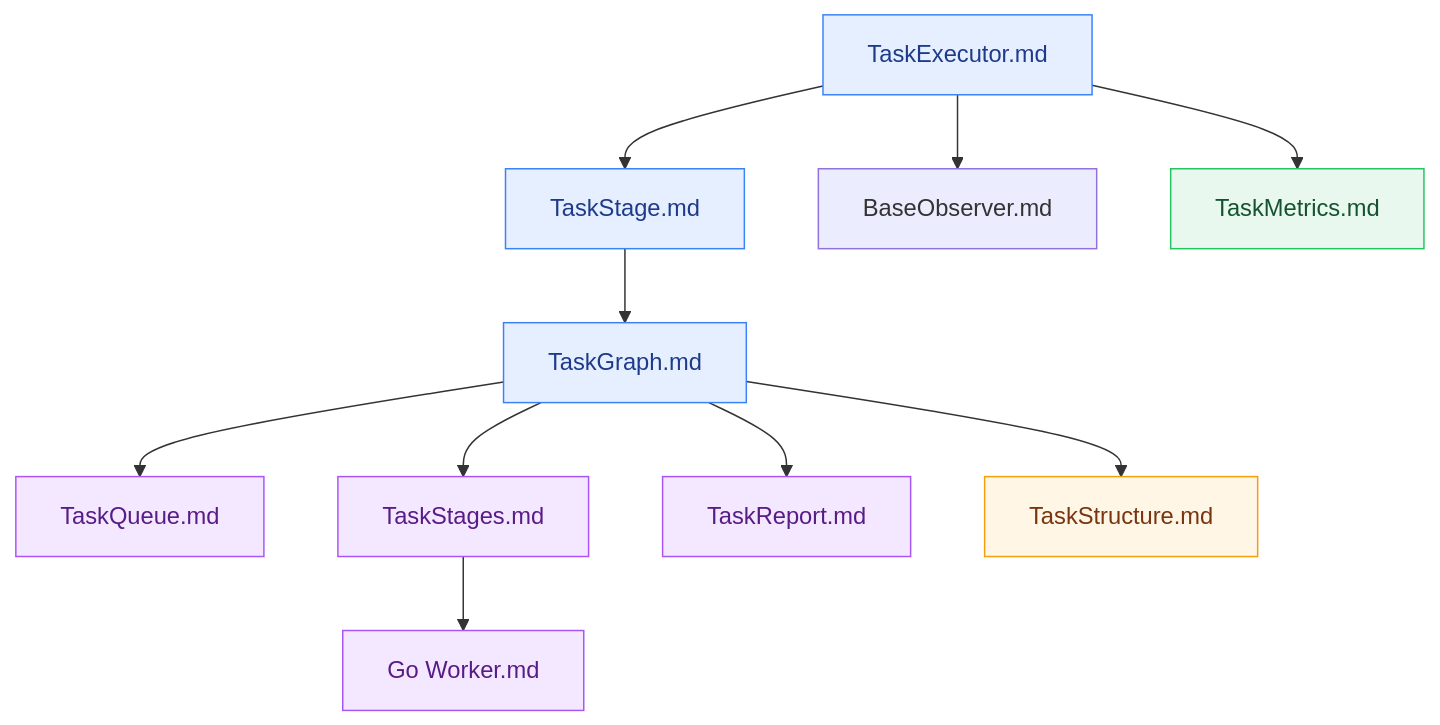
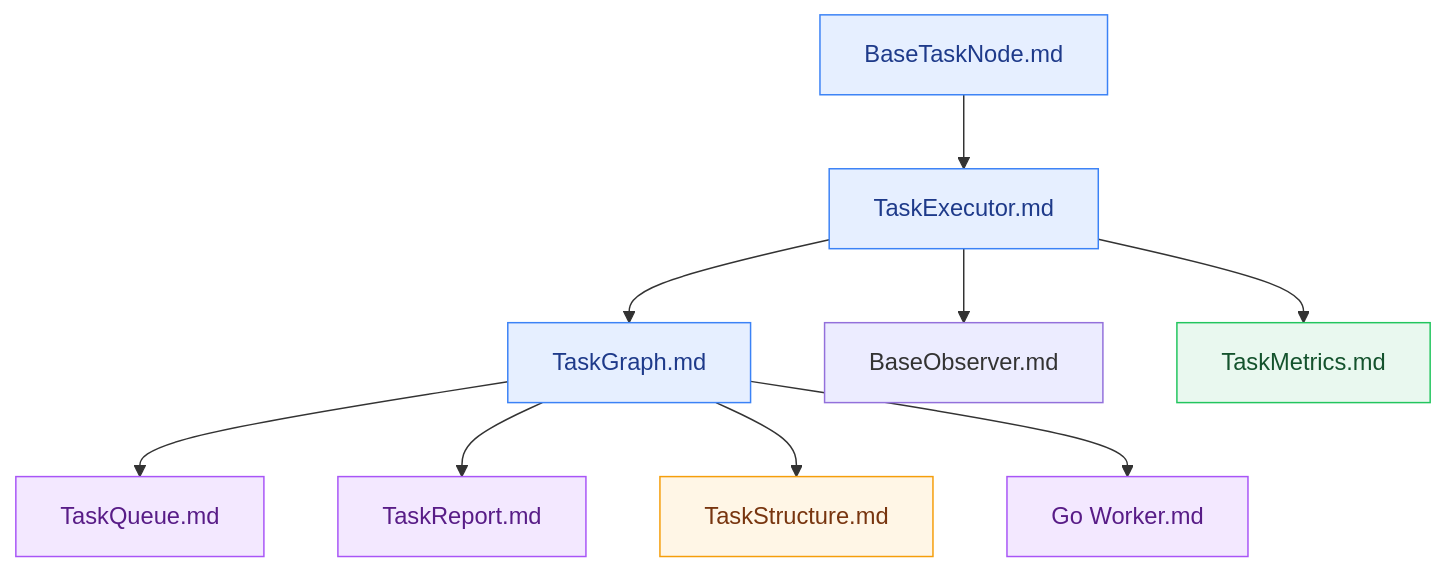
One commit to Mr-xiaotian/CelestialFlow changed the second of 2 diagrams in README.md. Above: the diagram before and after it, drawn with Mermaid. The commit also changed other lines of this file and 1 other file, not shown here.

````diff
--- a/README.md
+++ b/README.md
@@ -169,24 +177,23 @@
 ```mermaid
 flowchart TD
     classDef core fill:#e6efff,stroke:#3b82f6,color:#1e3a8a;
     classDef runtime fill:#e9f8ef,stroke:#22c55e,color:#14532d;
     classDef structure fill:#fff6e6,stroke:#f59e0b,color:#78350f;
     classDef execution fill:#f3e8ff,stroke:#a855f7,color:#581c87;
 
-    TM[TaskExecutor.md] --> TS[TaskStage.md] --> TG[TaskGraph.md]
-    TM --> OB[BaseObserver.md]
-    TM --> TME[TaskMetrics.md]
+    BTN[BaseTaskNode.md] --> TE[TaskExecutor.md] --> TG[TaskGraph.md]
+    TE --> OB[BaseObserver.md]
+    TE --> TME[TaskMetrics.md]
 
     TG --> TQ[TaskQueue.md]
-    TG --> TN[TaskStages.md]
     TG --> TR[TaskReport.md]
     TG --> TSR[TaskStructure.md]
 
-    TN --> GW[Go Worker.md]
+    TG --> GW[Go Worker.md]
 
-    class TM,TS,TG core;
-    class TP,TME runtime;
+    class BTN,TE,TG core;
+    class TME runtime;
     class TSR structure;
-    class TQ,TN,GW execution;
+    class TQ,GW execution;
     class TR execution;
 ```
````
